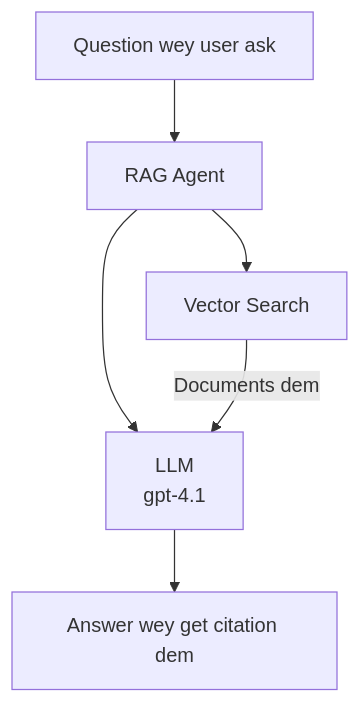
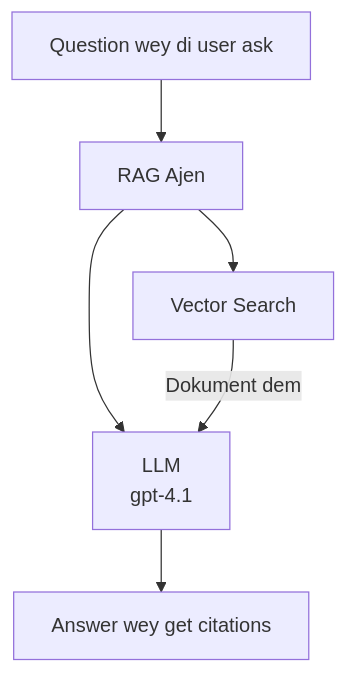
One commit to microsoft/AZD-for-beginners changed the second of 3 diagrams in translations/pcm/docs/chapter-02-ai-development/agents.md. Above: the diagram before and after it, drawn with Mermaid. The commit also changed other lines of this file and 101 other files, not shown here.

````diff
--- a/translations/pcm/docs/chapter-02-ai-development/agents.md
+++ b/translations/pcm/docs/chapter-02-ai-development/agents.md
@@ -170,8 +175,8 @@
 ```mermaid
 graph TD
-    Query[Question wey user ask] --> RAG[RAG Agent]
+    Query[Question wey di user ask] --> RAG[RAG Ajen]
     RAG --> Vector[Vector Search]
     RAG --> LLM[LLM<br/>gpt-4.1]
-    Vector -- Documents dem --> LLM
-    LLM --> Response[Answer wey get citation dem]
+    Vector -- Dokument dem --> LLM
+    LLM --> Response[Answer wey get citations]
 ```
````
